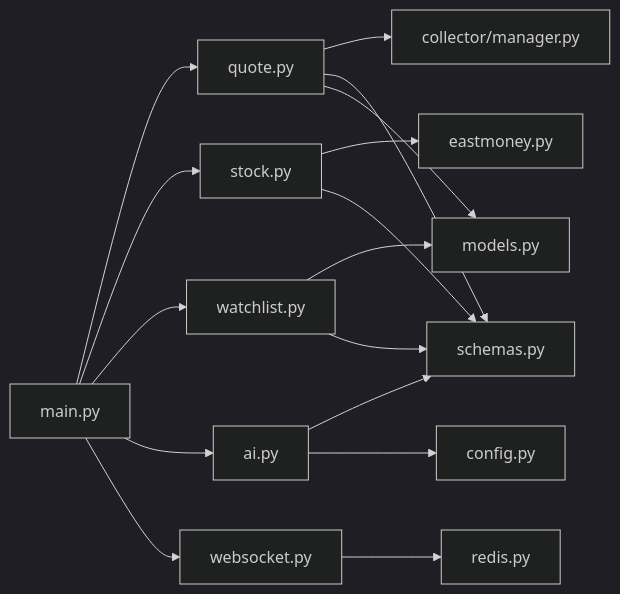
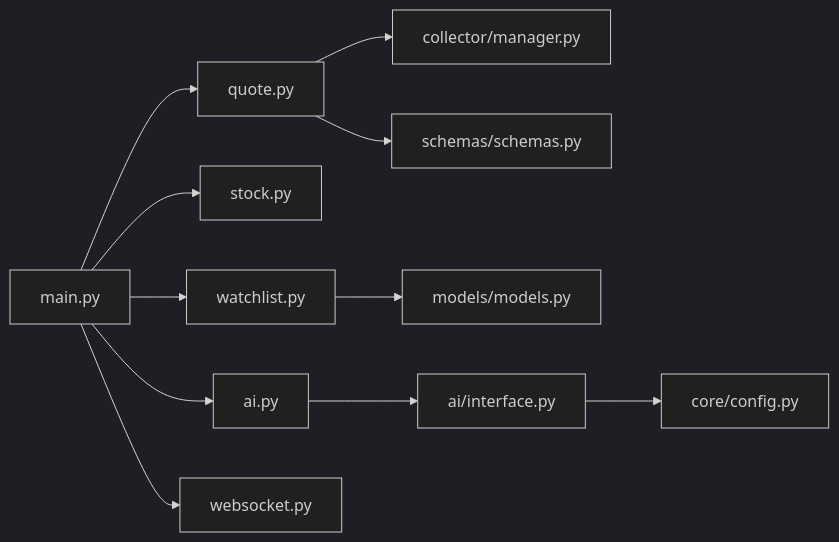
The fourth of 4 diagrams in .qoder/repowiki/zh/content/API接口文档/API接口文档.md (We3le7/stock-view), drawn with Mermaid (dark theme) before and after one commit. The commit also changed other lines of this file and 142 other files, not shown here.

````diff
--- a/.qoder/repowiki/zh/content/API接口文档/API接口文档.md
+++ b/.qoder/repowiki/zh/content/API接口文档/API接口文档.md
@@ -746,18 +262,13 @@
 ```mermaid
 graph LR
-Main[main.py] --> Quote[quote.py]
-Main --> Stock[stock.py]
-Main --> Watchlist[watchlist.py]
-Main --> AI[ai.py]
-Main --> WS[websocket.py]
-Quote --> Manager[collector/manager.py]
-Quote --> Schemas[schemas.py]
-Quote --> Models[models.py]
-Stock --> EastMoney[eastmoney.py]
-Stock --> Schemas
-Watchlist --> Models
-Watchlist --> Schemas
-AI --> Schemas
-AI --> Config[config.py]
-WS --> Redis[redis.py]
+M["main.py"] --> Q["quote.py"]
+M --> S["stock.py"]
+M --> W["watchlist.py"]
+M --> A["ai.py"]
+M --> WS["websocket.py"]
+Q --> CM["collector/manager.py"]
+A --> IF["ai/interface.py"]
+IF --> CFG["core/config.py"]
+Q --> SC["schemas/schemas.py"]
+W --> MD["models/models.py"]
 ```
````
